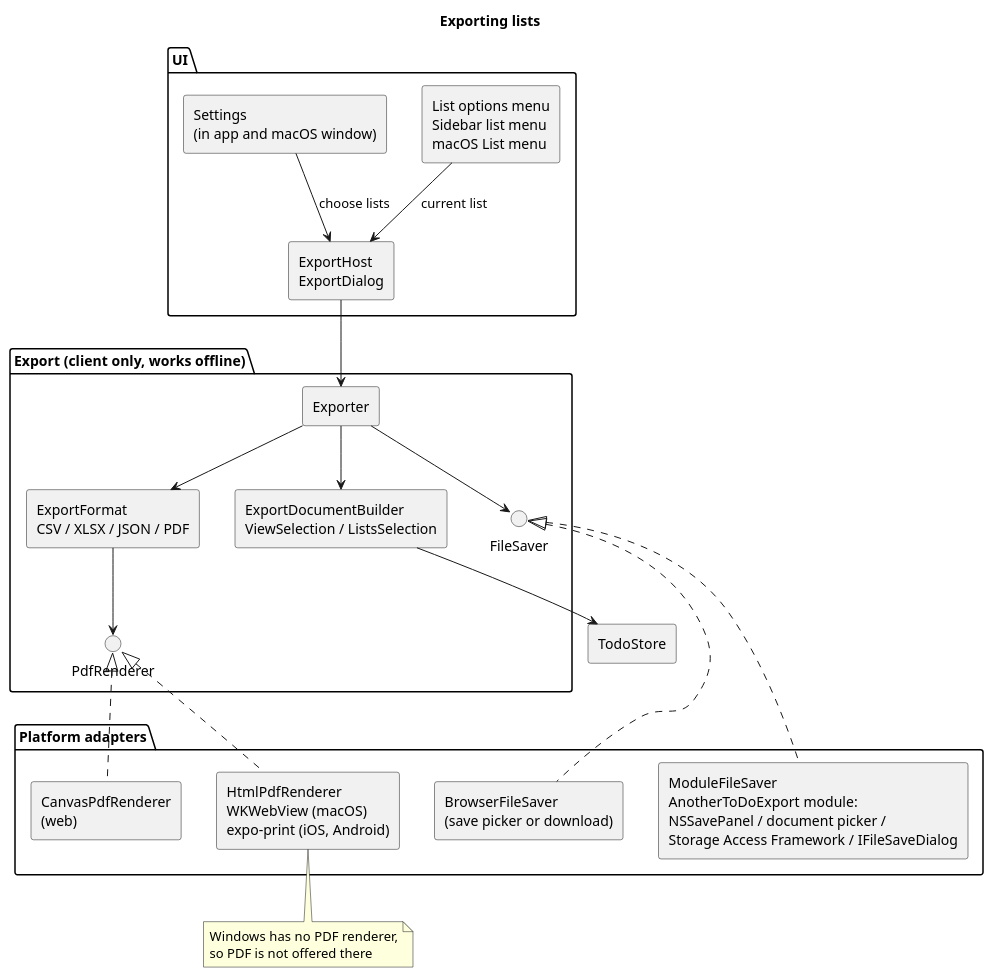
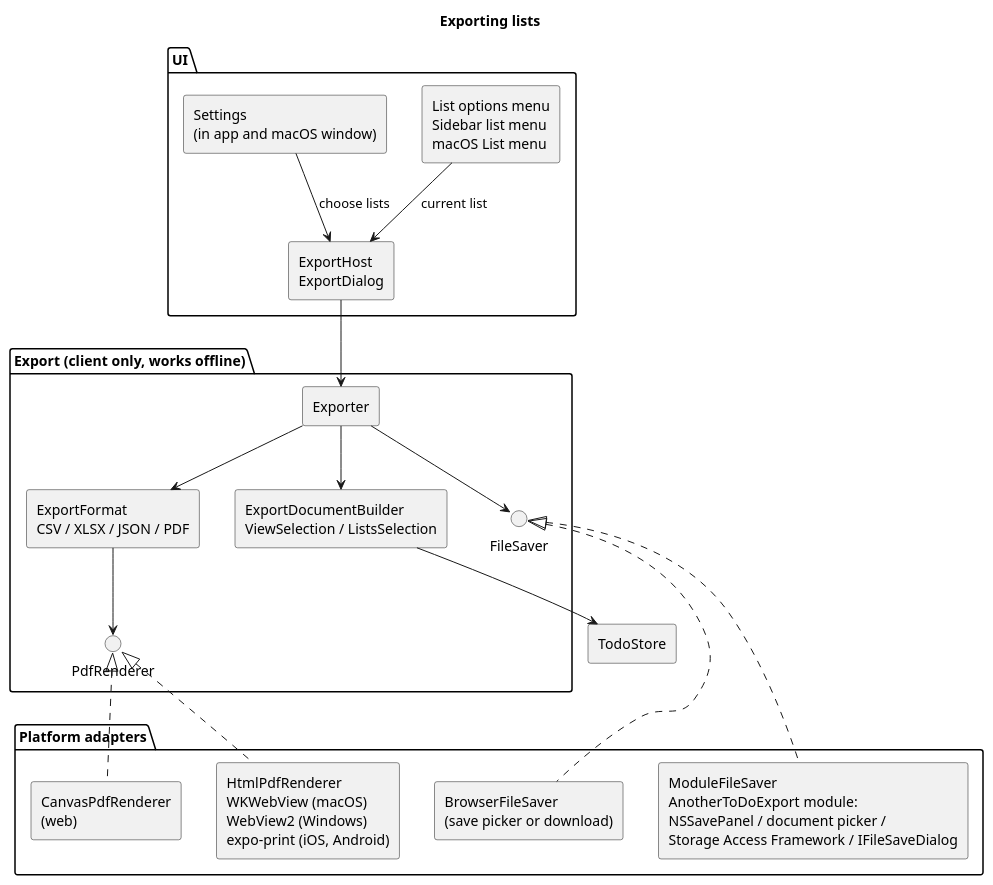
One commit to oliverphardman/another-todo changed the diagram in docs/export.puml. Above: the diagram before and after it, drawn with PlantUML. The commit also changed 10 other files, not shown here.

Commit message:
feat(client): export to PDF on Windows through WebView2

```diff
--- a/docs/export.puml
+++ b/docs/export.puml
@@ -1,46 +1,41 @@
 @startuml export
 title Exporting lists
 
 skinparam componentStyle rectangle
 
 package "UI" {
   component "List options menu\nSidebar list menu\nmacOS List menu" as Menus
   component "Settings\n(in app and macOS window)" as Settings
   component "ExportHost\nExportDialog" as Dialog
 }
 
 package "Export (client only, works offline)" {
   component "Exporter" as Exporter
   component "ExportDocumentBuilder\nViewSelection / ListsSelection" as Builder
   component "ExportFormat\nCSV / XLSX / JSON / PDF" as Formats
   interface "FileSaver" as Saver
   interface "PdfRenderer" as Pdf
 }
 
 component "TodoStore" as Store
 
 package "Platform adapters" {
   component "BrowserFileSaver\n(save picker or download)" as Browser
   component "ModuleFileSaver\nAnotherToDoExport module:\nNSSavePanel / document picker /\nStorage Access Framework / IFileSaveDialog" as Module
   component "CanvasPdfRenderer\n(web)" as Canvas
-  component "HtmlPdfRenderer\nWKWebView (macOS)\nexpo-print (iOS, Android)" as Html
+  component "HtmlPdfRenderer\nWKWebView (macOS)\nWebView2 (Windows)\nexpo-print (iOS, Android)" as Html
 }
 
 Menus --> Dialog : current list
 Settings --> Dialog : choose lists
 Dialog --> Exporter
 Exporter --> Builder
 Builder --> Store
 Exporter --> Formats
 Formats --> Pdf
 Exporter --> Saver
 Saver <|.. Browser
 Saver <|.. Module
 Pdf <|.. Canvas
 Pdf <|.. Html
-
-note bottom of Html
-  Windows has no PDF renderer,
-  so PDF is not offered there
-end note
 @enduml
```
